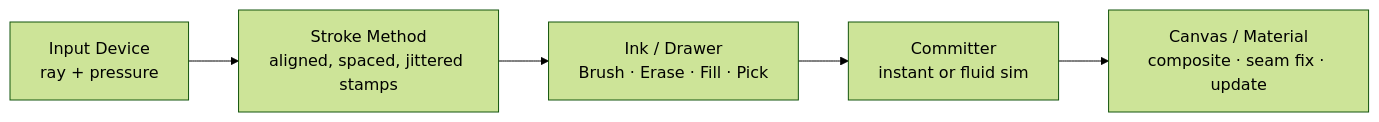
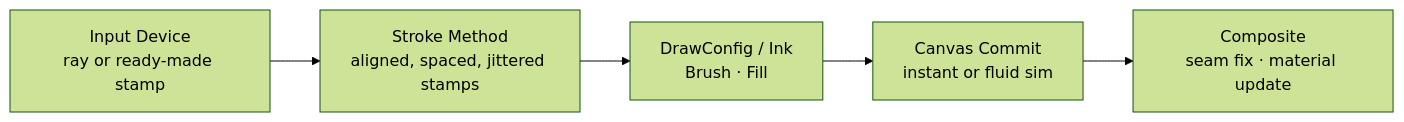
The diagram in docs/tools/simple-painter/architecture.md (deepwavegame/deepwavegame.github.io), drawn with Mermaid (forest theme) before and after one commit. The commit also changed other lines of this file and 12 other files, not shown here.

````diff
--- a/docs/tools/simple-painter/architecture.md
+++ b/docs/tools/simple-painter/architecture.md
@@ -22,7 +21,7 @@
 ```mermaid
 graph LR
-    A["Input Device<br/>ray + pressure"] --> B["Stroke Method<br/>aligned, spaced, jittered stamps"]
-    B --> C["Ink / Drawer<br/>Brush · Erase · Fill · Pick"]
-    C --> D["Committer<br/>instant or fluid sim"]
-    D --> E["Canvas / Material<br/>composite · seam fix · update"]
+    A["Input Device<br/>ray or ready-made stamp"] --> B["Stroke Method<br/>aligned, spaced, jittered stamps"]
+    B --> C["DrawConfig / Ink<br/>Brush · Fill"]
+    C --> D["Canvas Commit<br/>instant or fluid sim"]
+    D --> E["Composite<br/>seam fix · material update"]
 ```
````
